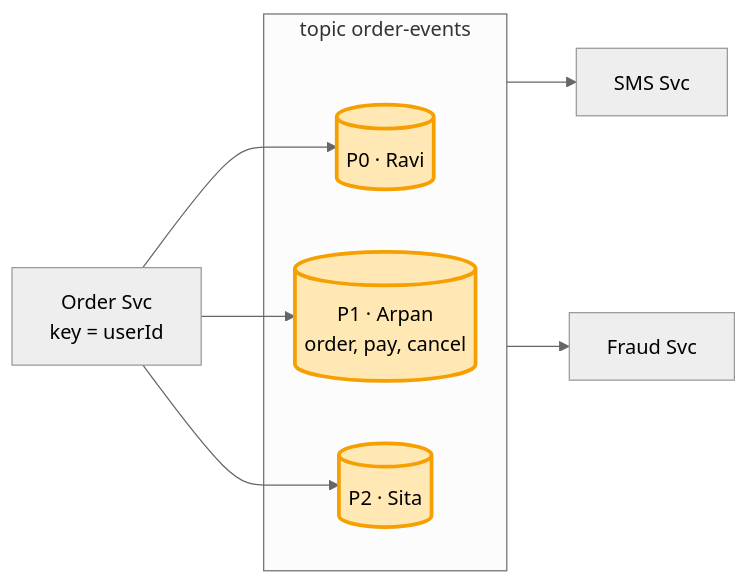
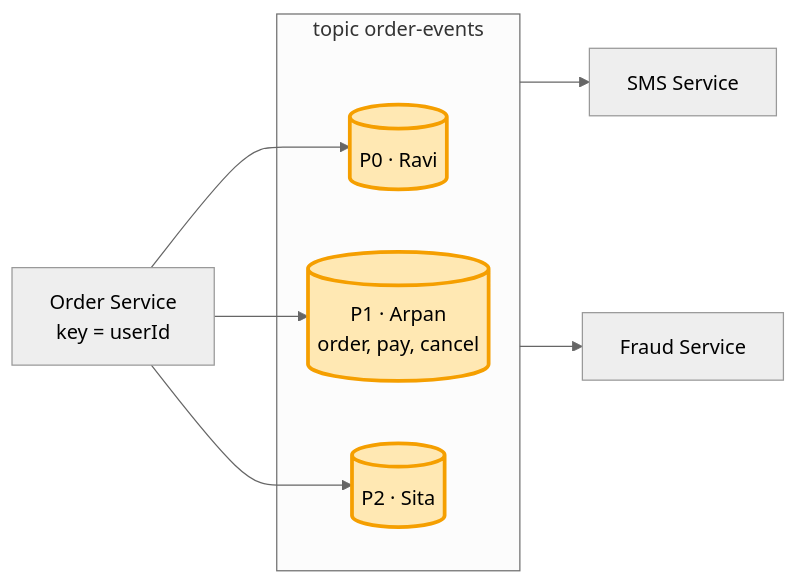
The second of 8 diagrams in 04_HLD/SYSTEM_DESIGNS/12_message_queue_kafka/kafka_concepts.md (ArpanMaheshwari144/Prep), drawn with Mermaid (neutral theme) before and after one commit. The commit also changed other lines of this file and 8 other files, not shown here.

````diff
--- a/04_HLD/SYSTEM_DESIGNS/12_message_queue_kafka/kafka_concepts.md
+++ b/04_HLD/SYSTEM_DESIGNS/12_message_queue_kafka/kafka_concepts.md
@@ -39,14 +39,14 @@
 ```mermaid
 flowchart LR
-    O["Order Svc<br/>key = userId"] --> P0 & P1 & P2
+    O["Order Service<br/>key = userId"] --> P0 & P1 & P2
     subgraph T["topic order-events"]
         P0[("P0 · Ravi")]
         P1[("P1 · Arpan<br/>order, pay, cancel")]
         P2[("P2 · Sita")]
     end
-    T --> S["SMS Svc"]
-    T --> F["Fraud Svc"]
+    T --> S["SMS Service"]
+    T --> F["Fraud Service"]
     style P0 fill:#ffe8b3,stroke:#f59f00,stroke-width:3px,color:#000
     style P1 fill:#ffe8b3,stroke:#f59f00,stroke-width:3px,color:#000
     style P2 fill:#ffe8b3,stroke:#f59f00,stroke-width:3px,color:#000
 ```
````
